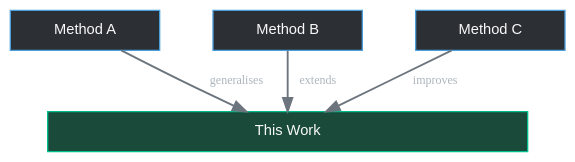
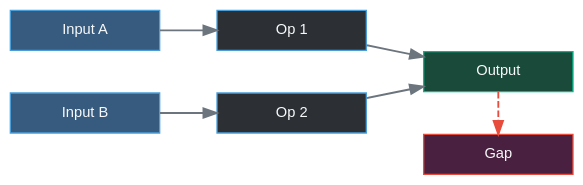
Before and after one commit to HongyuCao3/Pytorch-lightining-Hydra-Optuna-MLflow-Slurm-Project-Tempate-for-Scientific-Research: the fourth of 5 diagrams in docs/literature_review.qmd, drawn with Graphviz. The commit also changed other lines of this file and 1 other file, not shown here.

````diff
--- a/docs/literature_review.qmd
+++ b/docs/literature_review.qmd
@@ -150,30 +189,35 @@
 ```{dot}
-//| label: fig-position
-//| fig-cap: "Positioning relative to closest competitors"
-//| fig-width: 6.5
-//| fig-height: 2.4
+//| label: fig-cluster-c
+//| fig-cap: "Cluster C: core mechanism"
+//| fig-width: 7
+//| fig-height: 2.8
 digraph G {
   bgcolor="transparent"
-  rankdir=TB
-  graph [ranksep=0.5, nodesep=0.55]
+  rankdir=LR
+  graph [ranksep=0.6, nodesep=0.45]
   node [style=filled, fillcolor="#2c3035", color="#4a9eda",
         fontcolor="#f8f9fa", fontname="Arial", fontsize=11,
         shape=box, width=1.55, height=0.42]
   edge [color="#6c757d", penwidth=1.4]
 
-  subgraph row1 {
+  subgraph col1 {
     rank=same
-    MA [label="Method A"]
-    MB [label="Method B"]
-    MC [label="Method C"]
+    In1 [label="Input A",  fillcolor="#375a7f"]
+    In2 [label="Input B",  fillcolor="#375a7f"]
   }
-  subgraph row2 {
+  subgraph col2 {
     rank=same
-    Us [label="This Work", fillcolor="#1a4a3a", color="#00bc8c", width=5.0]
+    Op1 [label="Op 1"]
+    Op2 [label="Op 2"]
+  }
+  subgraph col3 {
+    rank=same
+    Out [label="Output", fillcolor="#1a4a3a", color="#00bc8c"]
+    Gap [label="Gap",    fillcolor="#4a2040", color="#e74c3c"]
   }
 
-  MA -> Us [label="  generalises", fontcolor="#adb5bd", fontsize=9]
-  MB -> Us [label="  extends", fontcolor="#adb5bd", fontsize=9]
-  MC -> Us [label="  improves", fontcolor="#adb5bd", fontsize=9]
+  In1 -> Op1  In2 -> Op2
+  Op1 -> Out  Op2 -> Out
+  Out -> Gap [style=dashed, color="#e74c3c"]
 }
 ```
````
